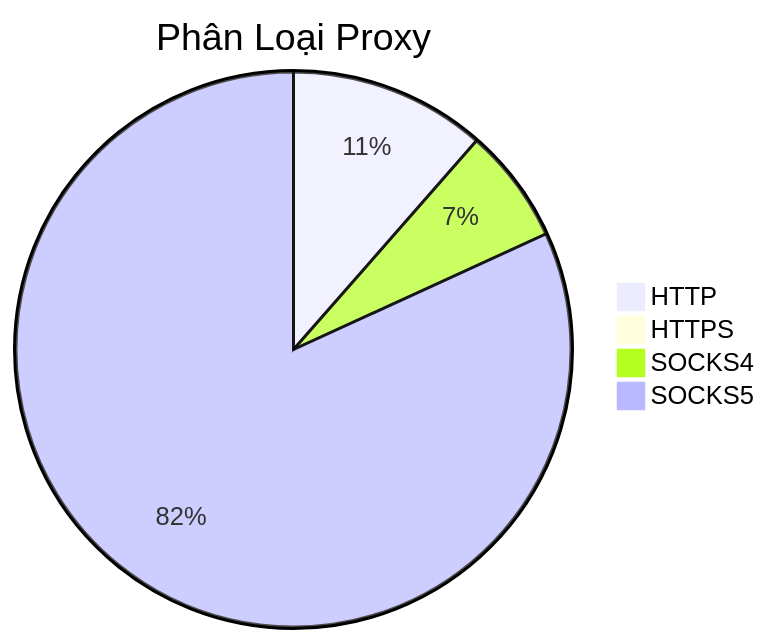
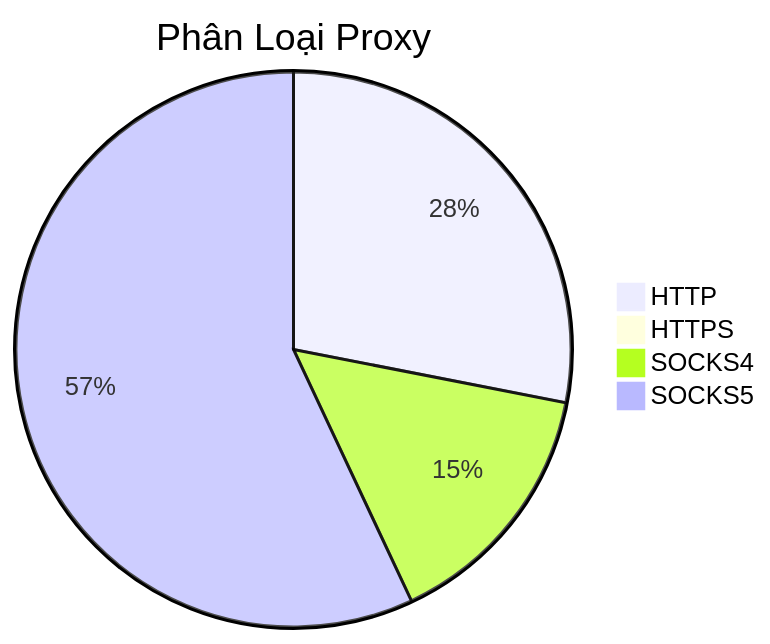
Before and after one commit to Ciara-Aa/PROXY-free: the diagram in README.md, drawn with Mermaid. The commit also changed other lines of this file and 3 other files, not shown here.

````diff
--- a/README.md
+++ b/README.md
@@ -26,7 +26,7 @@
 ```mermaid
 pie title Phân Loại Proxy
-    "HTTP" : 640
+    "HTTP" : 716
     "HTTPS" : 0
-    "SOCKS4" : 375
-    "SOCKS5" : 4572
+    "SOCKS4" : 381
+    "SOCKS5" : 1453
 ```
````
